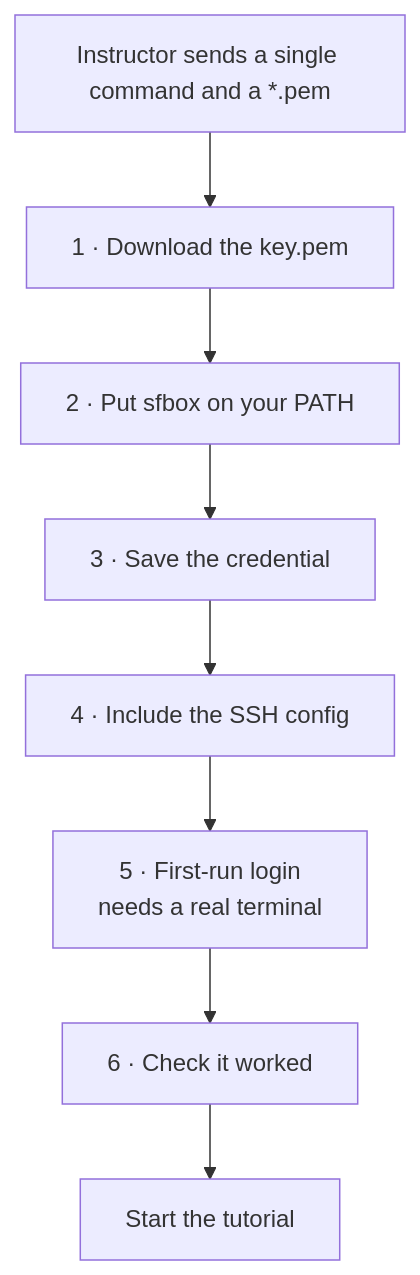
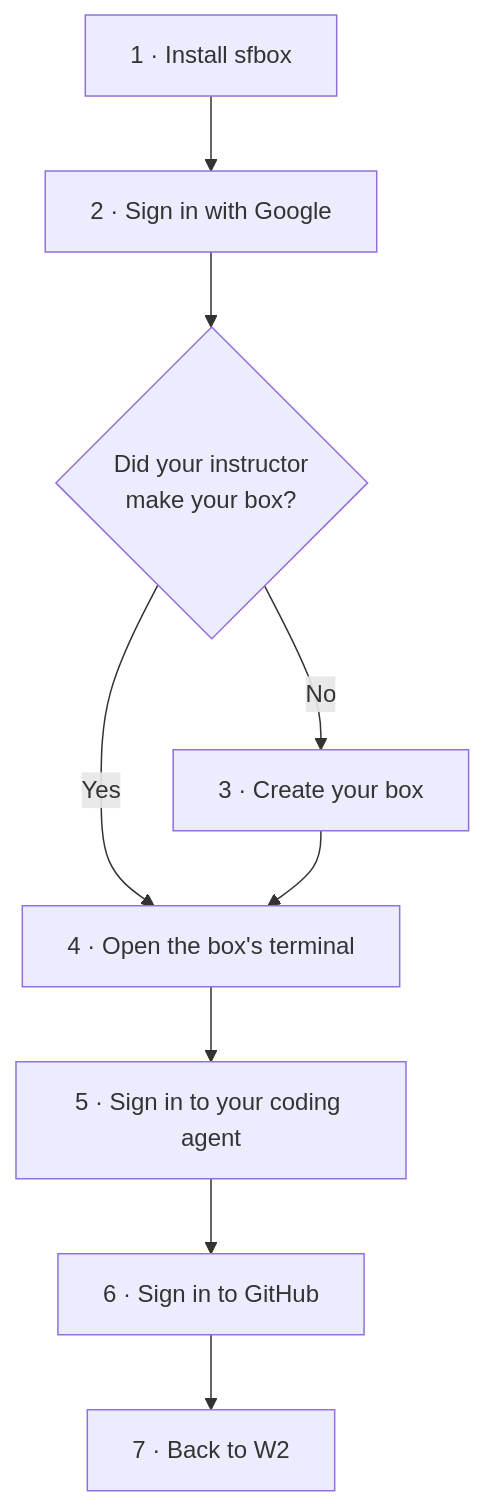
One commit to actual-software/sf-tutorial changed the diagram in CLOUD_BOX_GUIDE.md. Above: the diagram before and after it, drawn with Mermaid. The commit also changed other lines of this file and 2 other files, not shown here.

First line of the commit message:
Rewrite the cloud box guide for sfbox v2 on Google Cloud (#63)

````diff
--- a/CLOUD_BOX_GUIDE.md
+++ b/CLOUD_BOX_GUIDE.md
@@ -21,10 +31,11 @@
 ```mermaid
 flowchart TD
-    A[Instructor sends a single command and a *.pem] --> B[1 · Download the key.pem]
-    B --> C[2 · Put sfbox on your PATH]
-    C --> D[3 · Save the credential]
-    D --> E[4 · Include the SSH config]
-    E --> F[5 · First-run login<br/>needs a real terminal]
-    F --> G[6 · Check it worked]
-    G --> H[Start the tutorial]
+    A[1 · Install sfbox] --> B[2 · Sign in with Google]
+    B --> C{Did your instructor<br/>make your box?}
+    C -->|No| D[3 · Create your box]
+    C -->|Yes| E[4 · Open the box's terminal]
+    D --> E
+    E --> F[5 · Sign in to your coding agent]
+    F --> G[6 · Sign in to GitHub]
+    G --> H[7 · Back to W2]
 ```
````
